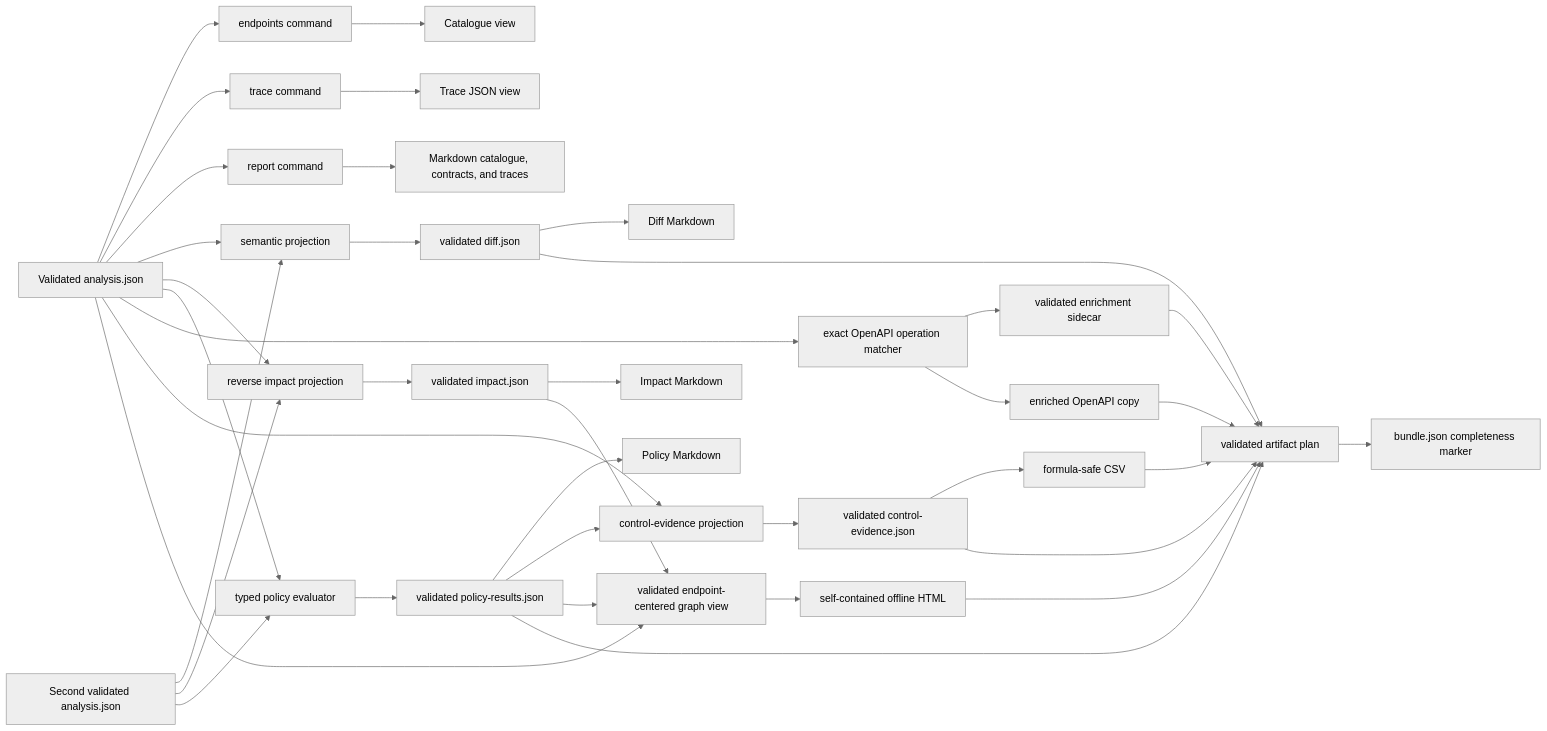
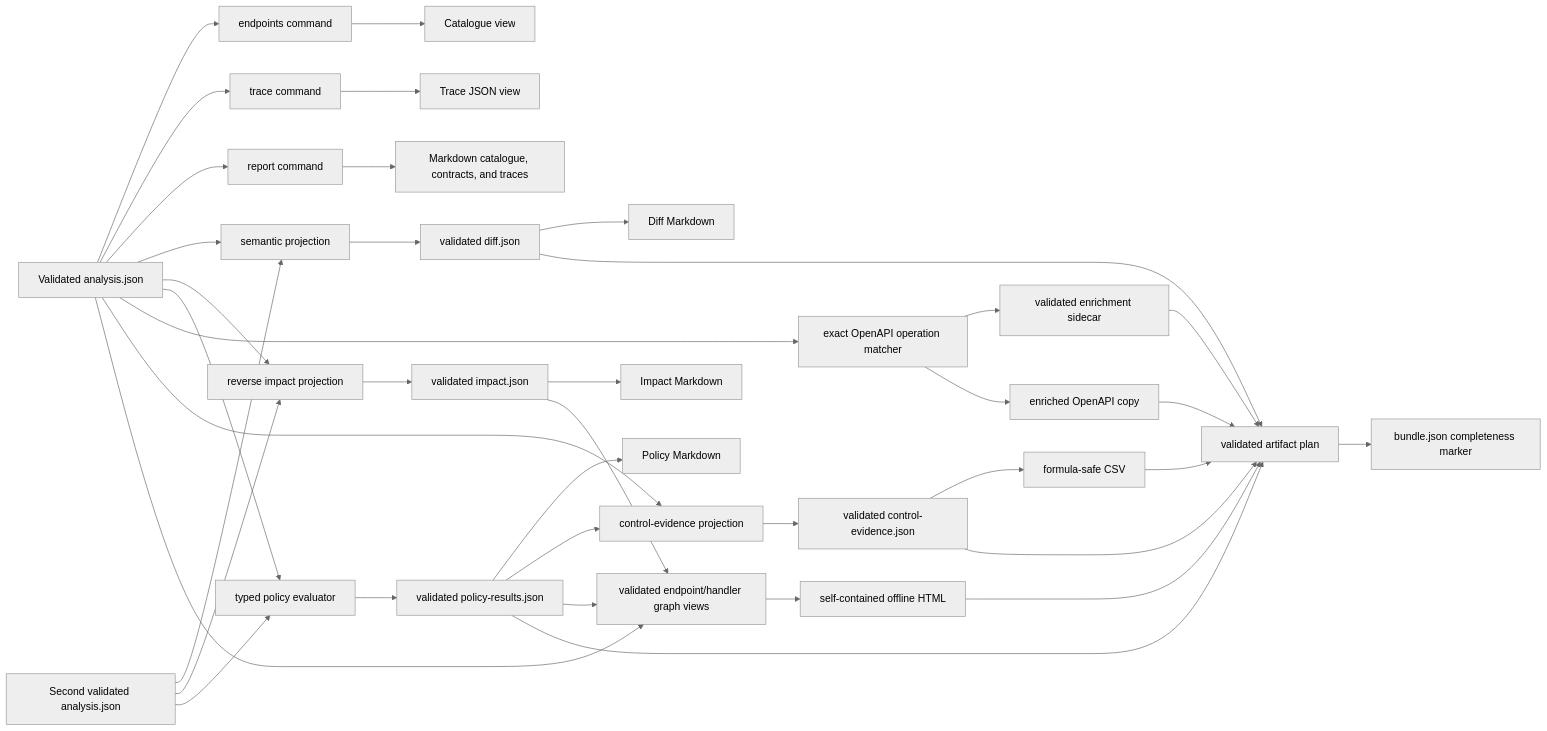
One commit to fakrulauzaie/nestjs-api-intelligence-engine changed the second of 3 diagrams in docs/architecture.md. Above: the diagram before and after it, drawn with Mermaid (neutral theme). The commit also changed other lines of this file and 68 other files, not shown here.

````diff
--- a/docs/architecture.md
+++ b/docs/architecture.md
@@ -102,40 +103,40 @@
 ```mermaid
 flowchart LR
   A["Validated analysis.json"] --> E["endpoints command"]
   A --> T["trace command"]
   A --> R["report command"]
   A --> D["semantic projection"]
   B["Second validated analysis.json"] --> D
   E --> C["Catalogue view"]
   T --> J["Trace JSON view"]
   R --> M["Markdown catalogue, contracts, and traces"]
   D --> V["validated diff.json"]
   V --> DM["Diff Markdown"]
   A --> I["reverse impact projection"]
   B --> I
   I --> IV["validated impact.json"]
   IV --> IM["Impact Markdown"]
   A --> P["typed policy evaluator"]
   B --> P
   P --> PV["validated policy-results.json"]
   PV --> PM["Policy Markdown"]
   A --> O["exact OpenAPI operation matcher"]
   O --> OS["validated enrichment sidecar"]
   O --> OE["enriched OpenAPI copy"]
   A --> CE["control-evidence projection"]
   PV --> CE
   CE --> CJ["validated control-evidence.json"]
   CJ --> CC["formula-safe CSV"]
-  A --> GV["validated endpoint-centered graph view"]
+  A --> GV["validated endpoint/handler graph views"]
   PV --> GV
   IV --> GV
   GV --> GH["self-contained offline HTML"]
   V --> AP["validated artifact plan"]
   PV --> AP
   OS --> AP
   OE --> AP
   CJ --> AP
   CC --> AP
   GH --> AP
   AP --> BM["bundle.json completeness marker"]
 ```
````
